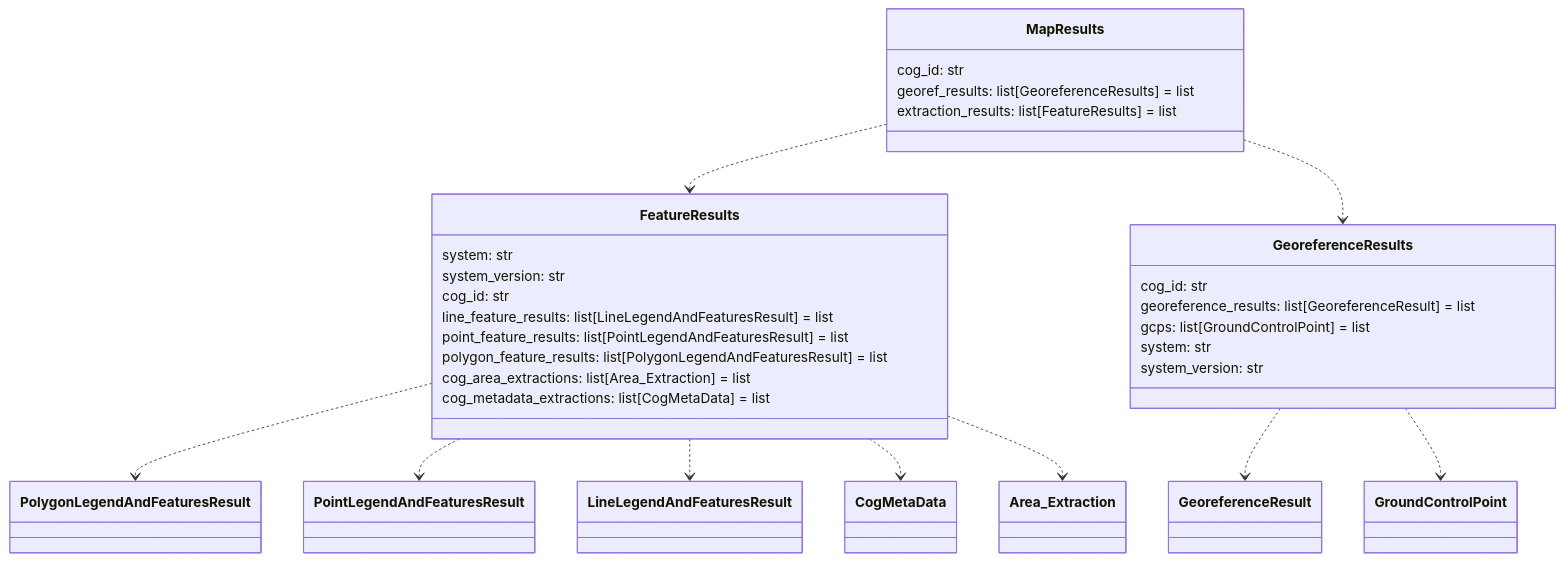
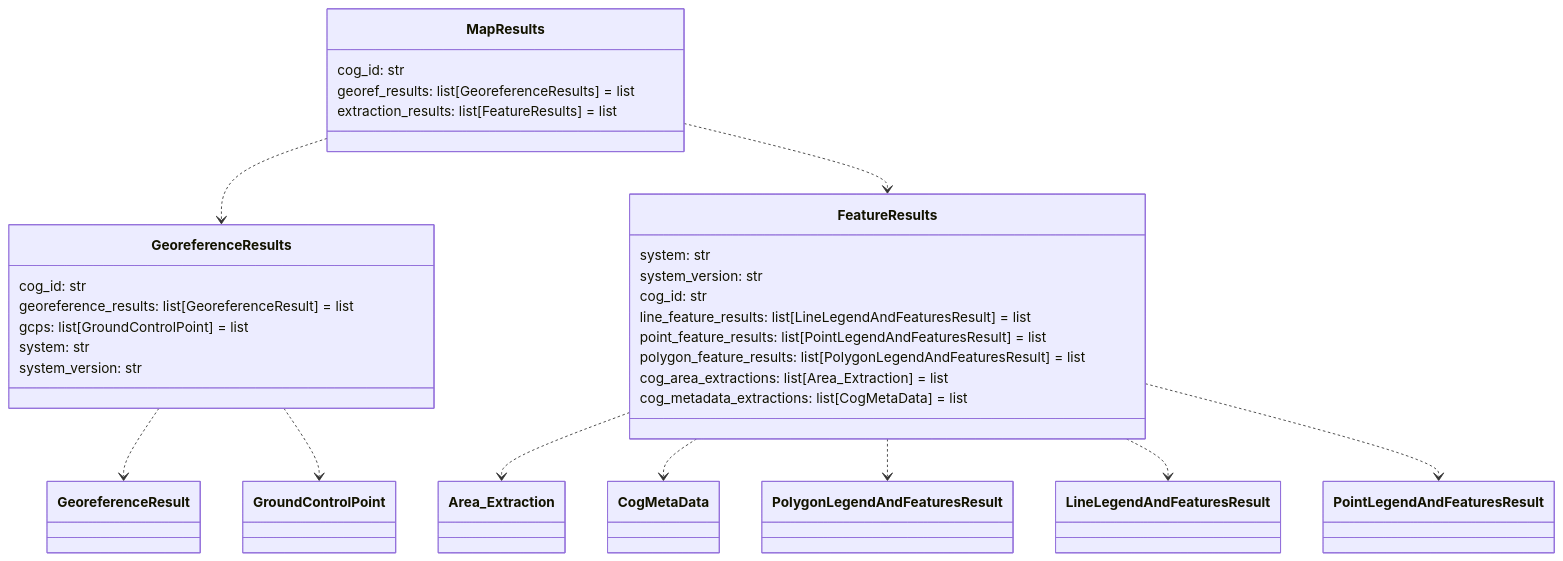
Before and after one commit to DARPA-CRITICALMAAS/cdr_schemas: diagram 11 of 14 in README.md, drawn with Mermaid. The commit also changed other lines of this file and 4 other files, not shown here.

````diff
--- a/README.md
+++ b/README.md
@@ -931,40 +933,40 @@
 ```mermaid
 classDiagram
-
-    class FeatureResults {
-        system: str
-        system_version: str
-        cog_id: str
-        line_feature_results: list[LineLegendAndFeaturesResult] = list
-        point_feature_results: list[PointLegendAndFeaturesResult] = list
-        polygon_feature_results: list[PolygonLegendAndFeaturesResult] = list
-        cog_area_extractions: list[Area_Extraction] = list
-        cog_metadata_extractions: list[CogMetaData] = list
-    }
 
     class GeoreferenceResults {
         cog_id: str
         georeference_results: list[GeoreferenceResult] = list
         gcps: list[GroundControlPoint] = list
         system: str
         system_version: str
     }
 
     class MapResults {
         cog_id: str
         georef_results: list[GeoreferenceResults] = list
         extraction_results: list[FeatureResults] = list
     }
 
+    class FeatureResults {
+        system: str
+        system_version: str
+        cog_id: str
+        line_feature_results: list[LineLegendAndFeaturesResult] = list
+        point_feature_results: list[PointLegendAndFeaturesResult] = list
+        polygon_feature_results: list[PolygonLegendAndFeaturesResult] = list
+        cog_area_extractions: list[Area_Extraction] = list
+        cog_metadata_extractions: list[CogMetaData] = list
+    }
+
+    FeatureResults ..> Area_Extraction
+    FeatureResults ..> CogMetaData
     FeatureResults ..> PolygonLegendAndFeaturesResult
+    FeatureResults ..> LineLegendAndFeaturesResult
     FeatureResults ..> PointLegendAndFeaturesResult
-    FeatureResults ..> LineLegendAndFeaturesResult
-    FeatureResults ..> CogMetaData
-    FeatureResults ..> Area_Extraction
     GeoreferenceResults ..> GeoreferenceResult
     GeoreferenceResults ..> GroundControlPoint
+    MapResults ..> GeoreferenceResults
     MapResults ..> FeatureResults
-    MapResults ..> GeoreferenceResults
 
 
 ```
````
